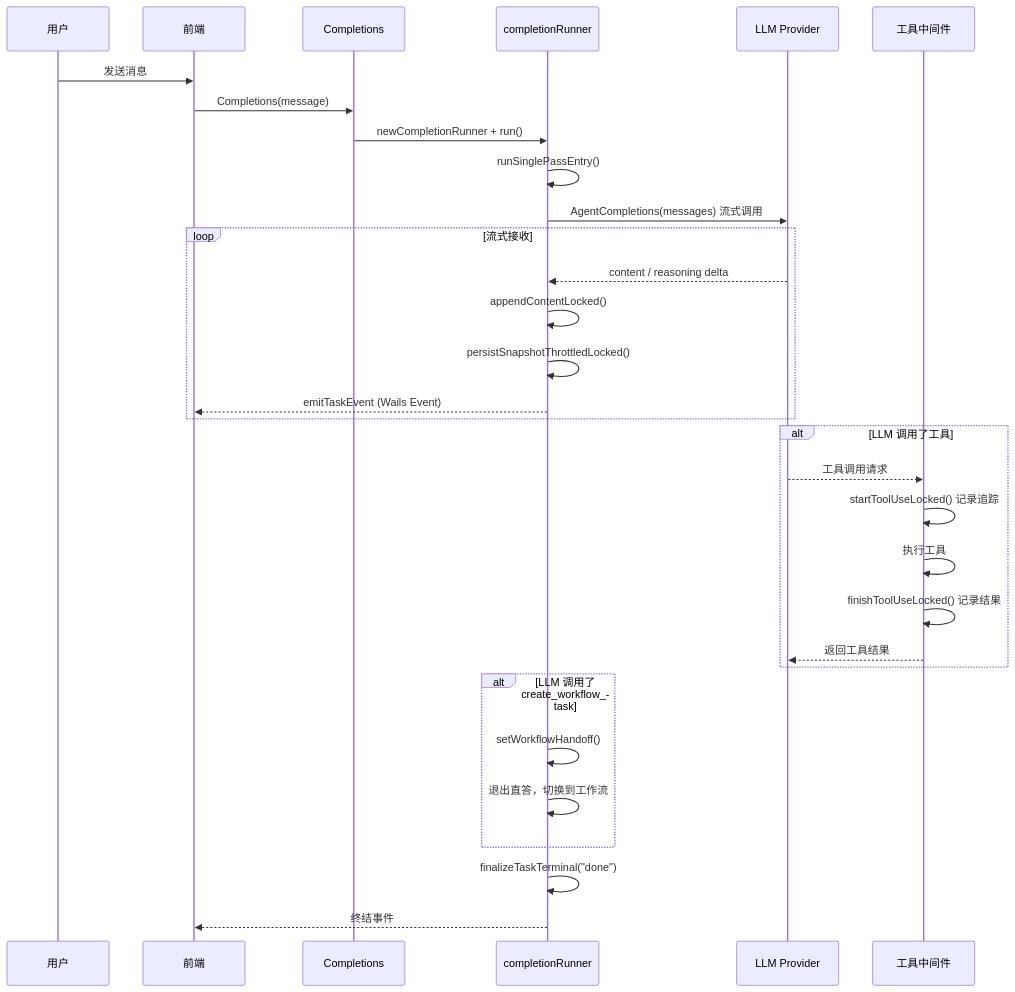
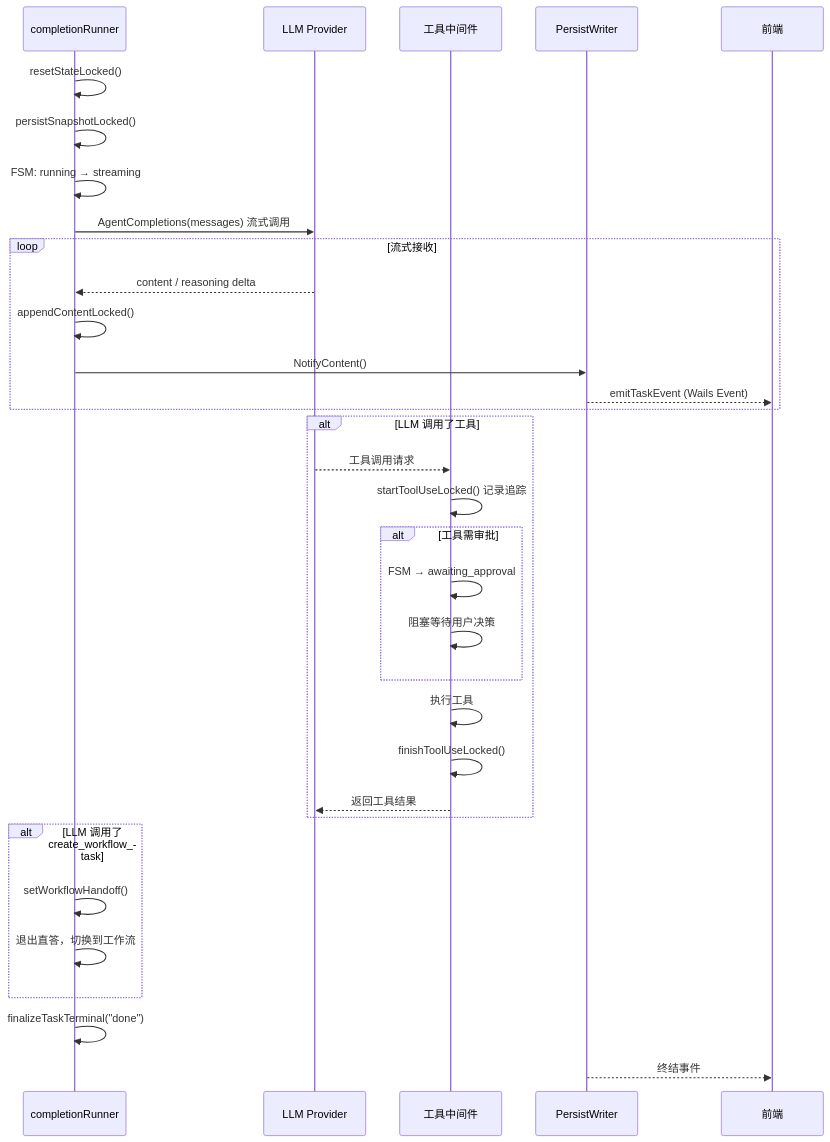
The fourth of 8 diagrams in docs/agent-flow.md (MikeLINGxZ/justchat), drawn with Mermaid before and after one commit. The commit also changed other lines of this file and 17 other files, not shown here.

````diff
--- a/docs/agent-flow.md
+++ b/docs/agent-flow.md
@@ -201,38 +576,40 @@
 ```mermaid
 sequenceDiagram
-    participant User as 用户
-    participant FE as 前端
-    participant Svc as Completions
     participant Runner as completionRunner
     participant LLM as LLM Provider
     participant MW as 工具中间件
+    participant PW as PersistWriter
+    participant FE as 前端
 
-    User->>FE: 发送消息
-    FE->>Svc: Completions(message)
-    Svc->>Runner: newCompletionRunner + run()
-    Runner->>Runner: runSinglePassEntry()
+    Runner->>Runner: resetStateLocked()
+    Runner->>Runner: persistSnapshotLocked()
+    Runner->>Runner: FSM: running → streaming
     Runner->>LLM: AgentCompletions(messages) 流式调用
 
     loop 流式接收
         LLM-->>Runner: content / reasoning delta
         Runner->>Runner: appendContentLocked()
-        Runner->>Runner: persistSnapshotThrottledLocked()
-        Runner-->>FE: emitTaskEvent (Wails Event)
+        Runner->>PW: NotifyContent()
+        PW-->>FE: emitTaskEvent (Wails Event)
     end
 
     alt LLM 调用了工具
         LLM-->>MW: 工具调用请求
         MW->>MW: startToolUseLocked() 记录追踪
+        alt 工具需审批
+            MW->>MW: FSM → awaiting_approval
+            MW->>MW: 阻塞等待用户决策
+        end
         MW->>MW: 执行工具
-        MW->>MW: finishToolUseLocked() 记录结果
+        MW->>MW: finishToolUseLocked()
         MW-->>LLM: 返回工具结果
     end
 
     alt LLM 调用了 create_workflow_task
         Runner->>Runner: setWorkflowHandoff()
         Runner->>Runner: 退出直答，切换到工作流
     end
 
     Runner->>Runner: finalizeTaskTerminal("done")
-    Runner-->>FE: 终结事件
+    PW-->>FE: 终结事件
 ```
````
